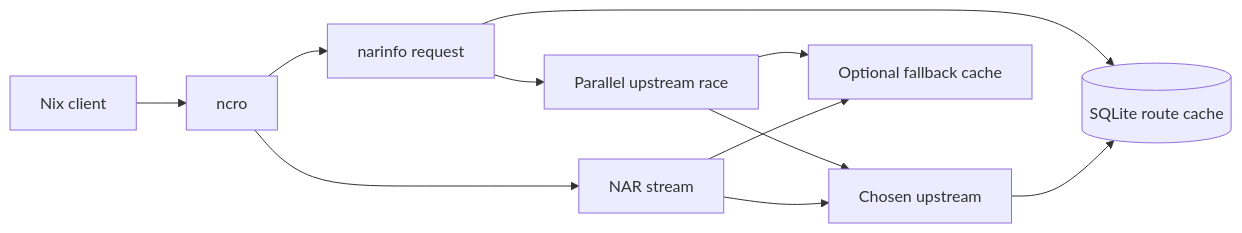
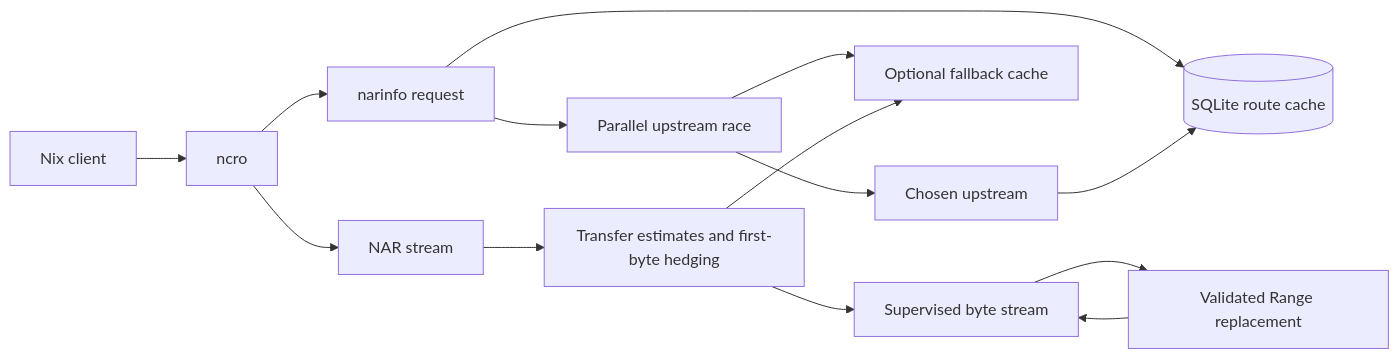
Before and after one commit to manic-systems/ncro: the first of 5 diagrams in docs/architecture.md, drawn with Mermaid. The commit also changed other lines of this file, not shown here.

Commit message:
docs: update architechture reference to detail adaptive NAR streaming

````diff
--- a/docs/architecture.md
+++ b/docs/architecture.md
@@ -7,13 +7,16 @@
 ```mermaid
 flowchart LR
   client[Nix client] --> proxy[ncro]
   proxy --> info[narinfo request]
   proxy --> nar[NAR stream]
   info --> cache[(SQLite route cache)]
   info --> race[Parallel upstream race]
   race --> chosen[Chosen upstream]
   chosen --> cache
   race --> fallback[Optional fallback cache]
-  nar --> chosen
-  nar --> fallback
+  nar --> selection[Transfer estimates and first-byte hedging]
+  selection --> supervisor[Supervised byte stream]
+  supervisor --> resume[Validated Range replacement]
+  resume --> supervisor
+  selection --> fallback
 ```
````
